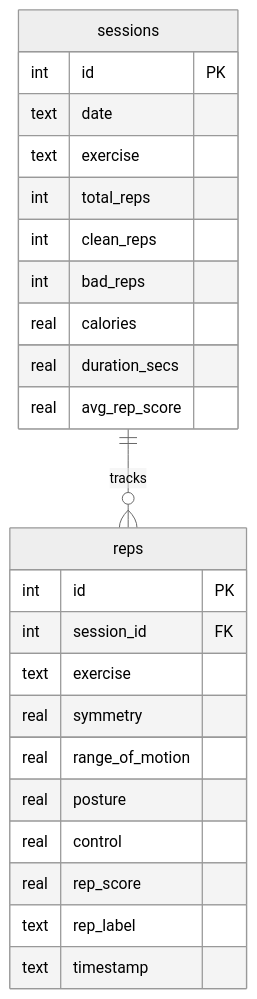
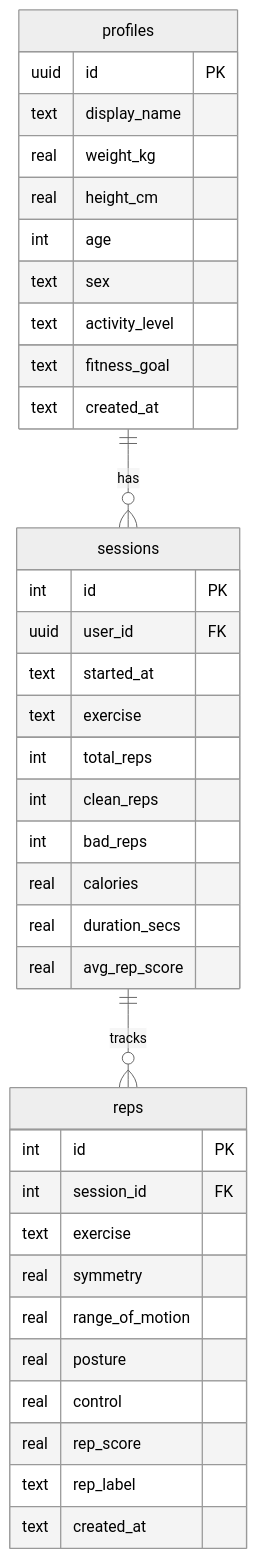
Before and after one commit to Varora-24/Smart-Fitness-Trainer: the diagram in README.md, drawn with Mermaid (neutral theme). The commit also changed other lines of this file and 9 other files, not shown here.

````diff
--- a/README.md
+++ b/README.md
@@ -298,27 +298,40 @@
 ```mermaid
 erDiagram
+    profiles {
+        uuid id PK
+        text display_name
+        real weight_kg
+        real height_cm
+        int age
+        text sex
+        text activity_level
+        text fitness_goal
+        text created_at
+    }
     sessions {
         int id PK
-        text date
+        uuid user_id FK
+        text started_at
         text exercise
         int total_reps
         int clean_reps
         int bad_reps
         real calories
         real duration_secs
         real avg_rep_score
     }
     reps {
         int id PK
         int session_id FK
         text exercise
         real symmetry
         real range_of_motion
         real posture
         real control
         real rep_score
         text rep_label
-        text timestamp
+        text created_at
     }
+    profiles ||--o{ sessions : "has"
     sessions ||--o{ reps : "tracks"
 ```
````
